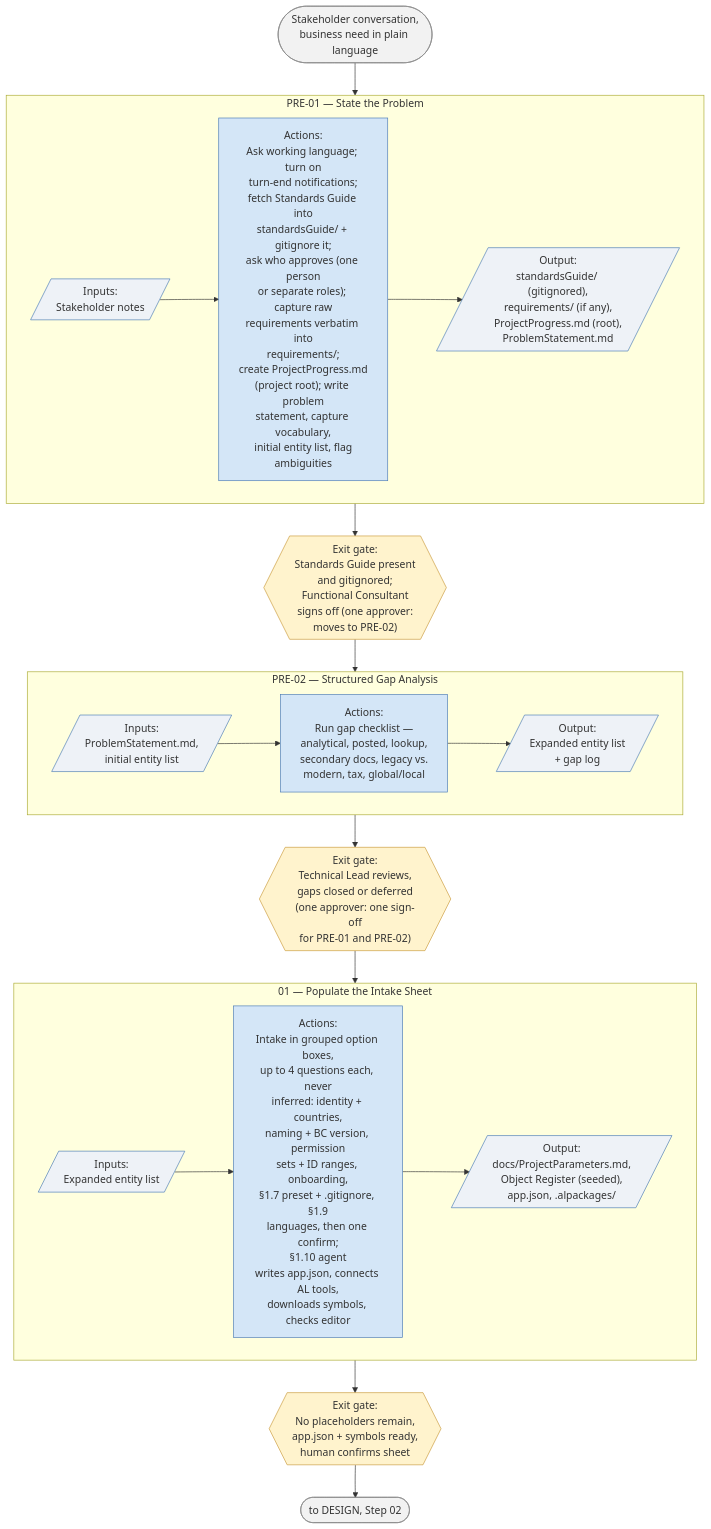
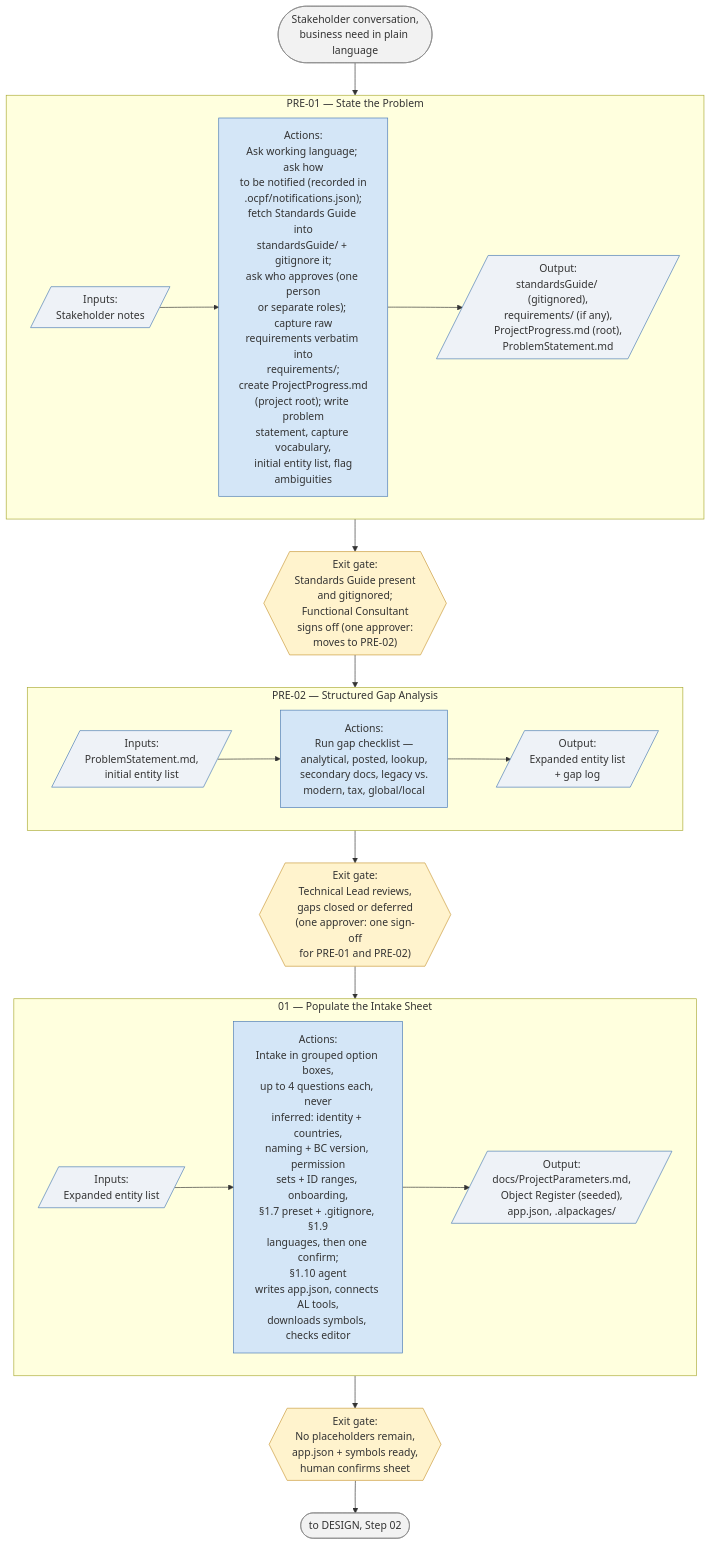
The third of 8 diagrams in fullVersion/RunbookSchematics.md (ajansari/ocpfBcAgenticDevFramework), drawn with Mermaid before and after one commit. The commit also changed other lines of this file and 18 other files, not shown here.

````diff
--- a/fullVersion/RunbookSchematics.md
+++ b/fullVersion/RunbookSchematics.md
@@ -126,35 +126,35 @@
 ```mermaid
 flowchart TD
     Start(["Stakeholder conversation,<br/>business need in plain language"]) --> PRE01
 
     subgraph PRE01["PRE-01 — State the Problem"]
         direction LR
-        In1[/"Inputs:<br/>Stakeholder notes"/] --> Act1["Actions:<br/>Ask working language; turn on<br/>turn-end notifications;<br/>fetch Standards Guide into<br/>standardsGuide/ + gitignore it;<br/>ask who approves (one person<br/>or separate roles); capture raw<br/>requirements verbatim into<br/>requirements/;<br/>create ProjectProgress.md<br/>(project root); write problem<br/>statement, capture vocabulary,<br/>initial entity list, flag<br/>ambiguities"] --> Out1[/"Output:<br/>standardsGuide/ (gitignored),<br/>requirements/ (if any),<br/>ProjectProgress.md (root),<br/>ProblemStatement.md"/]
+        In1[/"Inputs:<br/>Stakeholder notes"/] --> Act1["Actions:<br/>Ask working language; ask how<br/>to be notified (recorded in<br/>.ocpf/notifications.json);<br/>fetch Standards Guide into<br/>standardsGuide/ + gitignore it;<br/>ask who approves (one person<br/>or separate roles); capture raw<br/>requirements verbatim into<br/>requirements/;<br/>create ProjectProgress.md<br/>(project root); write problem<br/>statement, capture vocabulary,<br/>initial entity list, flag<br/>ambiguities"] --> Out1[/"Output:<br/>standardsGuide/ (gitignored),<br/>requirements/ (if any),<br/>ProjectProgress.md (root),<br/>ProblemStatement.md"/]
     end
     PRE01 --> Gate1{{"Exit gate:<br/>Standards Guide present<br/>and gitignored;<br/>Functional Consultant<br/>signs off (one approver:<br/>moves to PRE-02)"}}
 
     Gate1 --> PRE02
     subgraph PRE02["PRE-02 — Structured Gap Analysis"]
         direction LR
         In2[/"Inputs:<br/>ProblemStatement.md,<br/>initial entity list"/] --> Act2["Actions:<br/>Run gap checklist —<br/>analytical, posted, lookup,<br/>secondary docs, legacy vs.<br/>modern, tax, global/local"] --> Out2[/"Output:<br/>Expanded entity list<br/>+ gap log"/]
     end
     PRE02 --> Gate2{{"Exit gate:<br/>Technical Lead reviews,<br/>gaps closed or deferred<br/>(one approver: one sign-off<br/>for PRE-01 and PRE-02)"}}
 
     Gate2 --> S01
     subgraph S01["01 — Populate the Intake Sheet"]
         direction LR
         In3[/"Inputs:<br/>Expanded entity list"/] --> Act3["Actions:<br/>Intake in grouped option boxes,<br/>up to 4 questions each, never<br/>inferred: identity + countries,<br/>naming + BC version, permission<br/>sets + ID ranges, onboarding,<br/>§1.7 preset + .gitignore, §1.9<br/>languages, then one confirm;<br/>§1.10 agent<br/>writes app.json, connects AL tools,<br/>downloads symbols, checks editor"] --> Out3[/"Output:<br/>docs/ProjectParameters.md,<br/>Object Register (seeded),<br/>app.json, .alpackages/"/]
     end
     S01 --> Gate3{{"Exit gate:<br/>No placeholders remain,<br/>app.json + symbols ready,<br/>human confirms sheet"}}
 
     Gate3 --> Next(["to DESIGN, Step 02"])
 
     classDef io fill:#eef2f7,stroke:#4a7ab5,stroke-width:1px;
     classDef act fill:#d4e6f7,stroke:#4a7ab5,stroke-width:1px;
     classDef gate fill:#fff3cd,stroke:#c99a3a,stroke-width:1px;
     classDef endpoint fill:#f2f2f2,stroke:#888,stroke-width:1px;
     class In1,Out1,In2,Out2,In3,Out3 io;
     class Act1,Act2,Act3 act;
     class Gate1,Gate2,Gate3 gate;
     class Start,Next endpoint;
 ```
````
